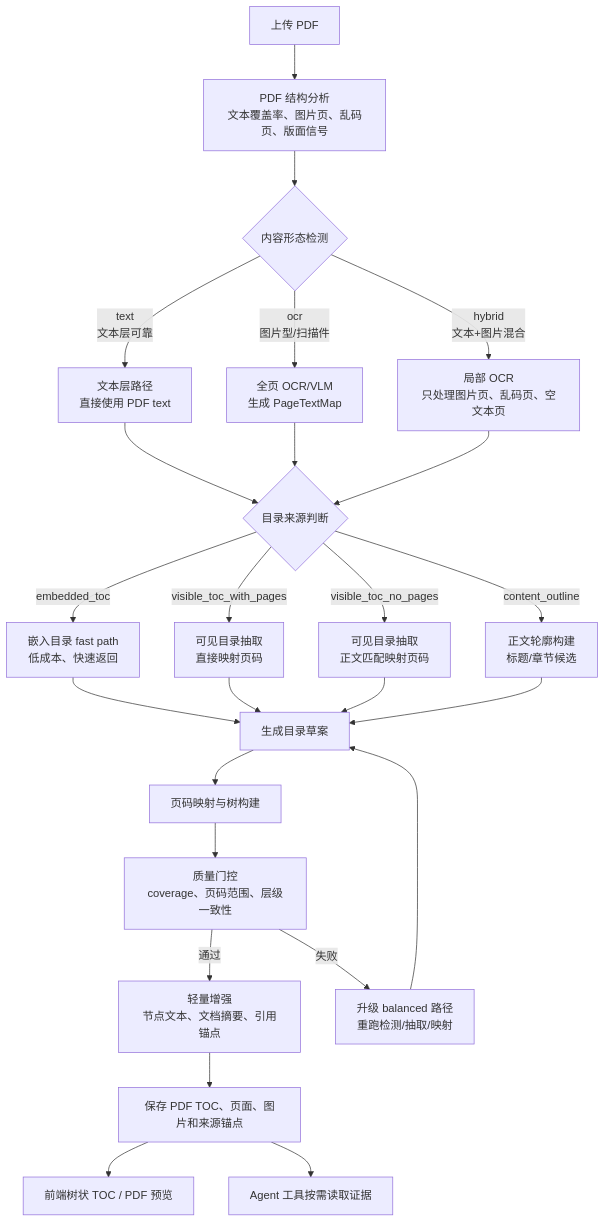
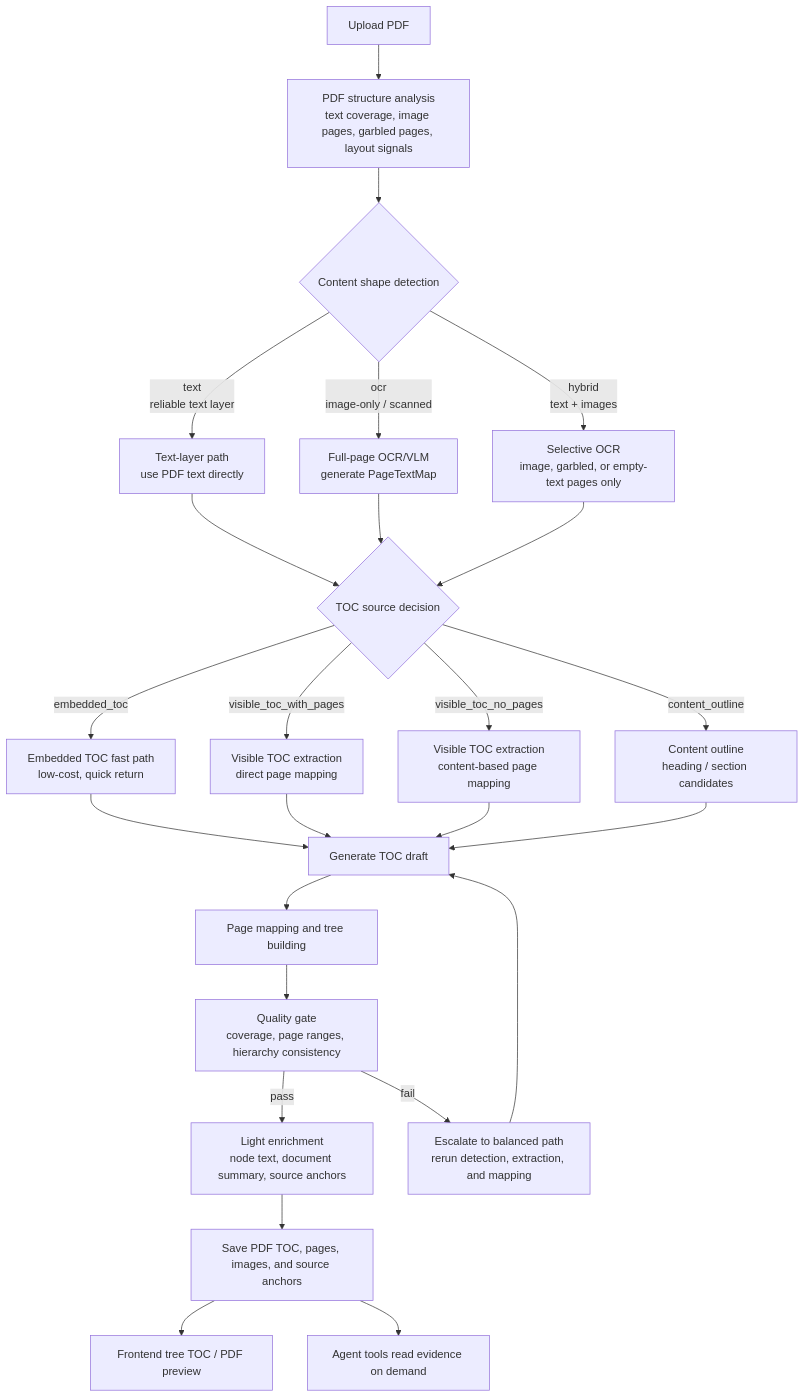
The first of 2 diagrams in README.md (VT777/PageChat), drawn with Mermaid before and after one commit. The commit also changed other lines of this file and 1 other file, not shown here.

````diff
--- a/README.md
+++ b/README.md
@@ -35,31 +41,31 @@
 ```mermaid
 flowchart TD
-    A["上传 PDF"] --> B["PDF 结构分析\n文本覆盖率、图片页、乱码页、版面信号"]
-    B --> C{"内容形态检测"}
+    A["Upload PDF"] --> B["PDF structure analysis\ntext coverage, image pages, garbled pages, layout signals"]
+    B --> C{"Content shape detection"}
 
-    C -->|text\n文本层可靠| D["文本层路径\n直接使用 PDF text"]
-    C -->|ocr\n图片型/扫描件| E["全页 OCR/VLM\n生成 PageTextMap"]
-    C -->|hybrid\n文本+图片混合| F["局部 OCR\n只处理图片页、乱码页、空文本页"]
+    C -->|text\nreliable text layer| D["Text-layer path\nuse PDF text directly"]
+    C -->|ocr\nimage-only / scanned| E["Full-page OCR/VLM\ngenerate PageTextMap"]
+    C -->|hybrid\ntext + images| F["Selective OCR\nimage, garbled, or empty-text pages only"]
 
-    D --> G{"目录来源判断"}
+    D --> G{"TOC source decision"}
     E --> G
     F --> G
 
-    G -->|embedded_toc| H["嵌入目录 fast path\n低成本、快速返回"]
-    G -->|visible_toc_with_pages| I["可见目录抽取\n直接映射页码"]
-    G -->|visible_toc_no_pages| J["可见目录抽取\n正文匹配映射页码"]
-    G -->|content_outline| K["正文轮廓构建\n标题/章节候选"]
+    G -->|embedded_toc| H["Embedded TOC fast path\nlow-cost, quick return"]
+    G -->|visible_toc_with_pages| I["Visible TOC extraction\ndirect page mapping"]
+    G -->|visible_toc_no_pages| J["Visible TOC extraction\ncontent-based page mapping"]
+    G -->|content_outline| K["Content outline\nheading / section candidates"]
 
-    H --> L["生成目录草案"]
+    H --> L["Generate TOC draft"]
     I --> L
     J --> L
     K --> L
-    L --> M["页码映射与树构建"]
-    M --> N["质量门控\ncoverage、页码范围、层级一致性"]
-    N -->|通过| O["轻量增强\n节点文本、文档摘要、引用锚点"]
-    N -->|失败| P["升级 balanced 路径\n重跑检测/抽取/映射"]
+    L --> M["Page mapping and tree building"]
+    M --> N["Quality gate\ncoverage, page ranges, hierarchy consistency"]
+    N -->|pass| O["Light enrichment\nnode text, document summary, source anchors"]
+    N -->|fail| P["Escalate to balanced path\nrerun detection, extraction, and mapping"]
     P --> L
-    O --> Q["保存 PDF TOC、页面、图片和来源锚点"]
-    Q --> R["前端树状 TOC / PDF 预览"]
-    Q --> S["Agent 工具按需读取证据"]
+    O --> Q["Save PDF TOC, pages, images, and source anchors"]
+    Q --> R["Frontend tree TOC / PDF preview"]
+    Q --> S["Agent tools read evidence on demand"]
 ```
````
